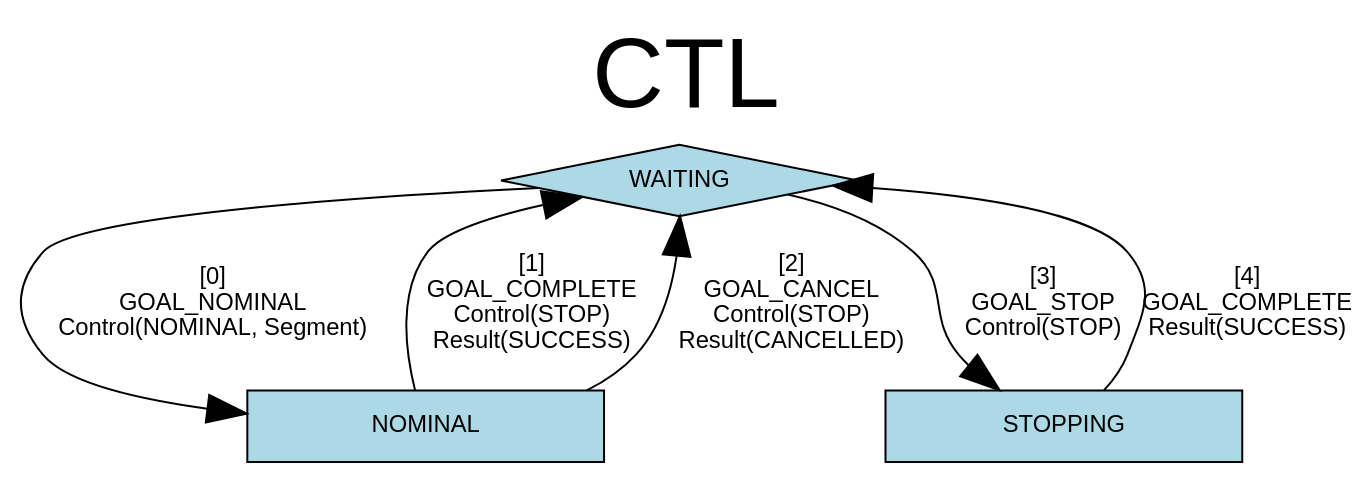
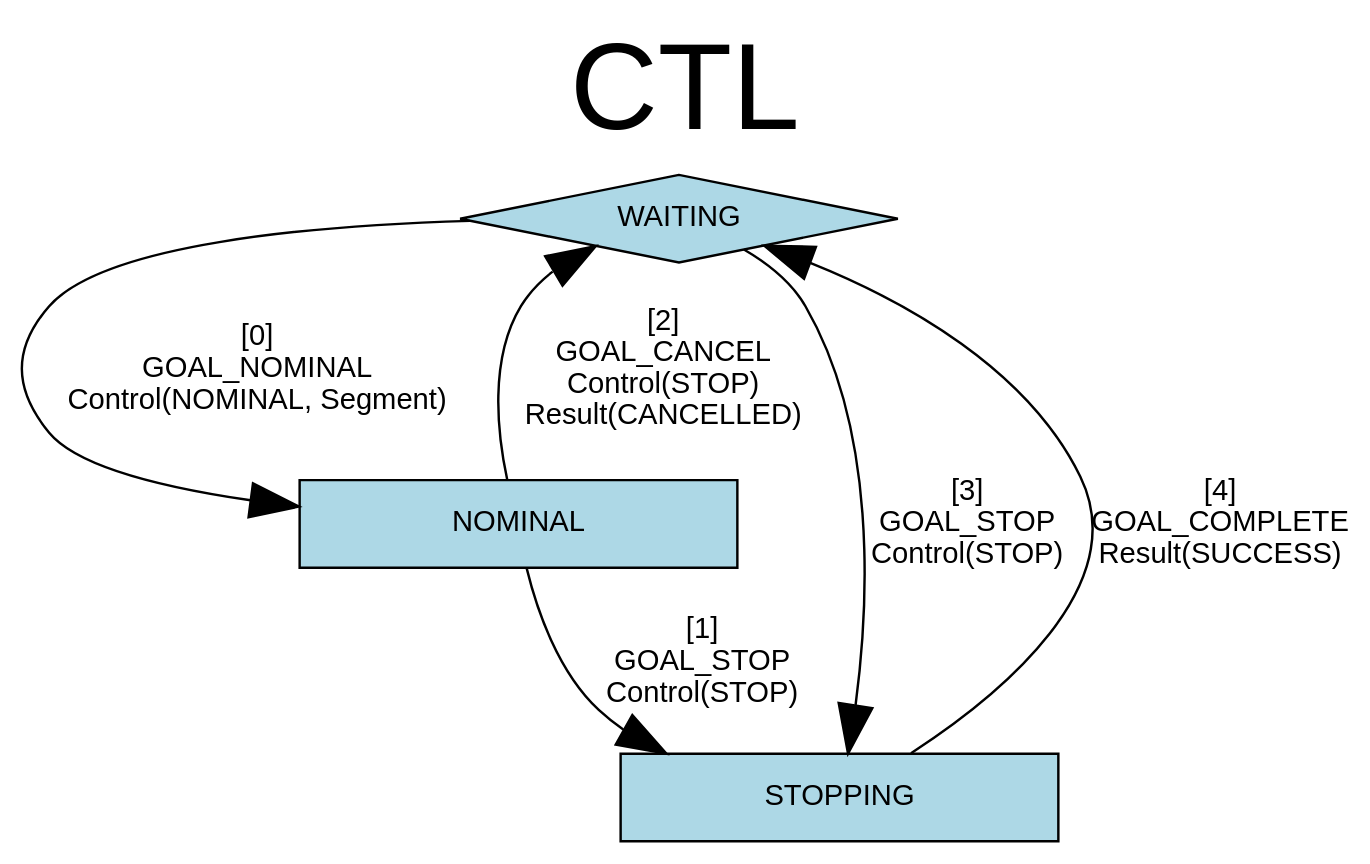
One commit to nasa/astrobee changed the diagram in gnc/ctl/statemachine.dot. Above: the diagram before and after it, drawn with Graphviz. The commit also changed 1 other file, not shown here.

Commit message:
FSM will only transition to STOPPING if GOAL_STOP event is triggered

```diff
--- a/gnc/ctl/statemachine.dot
+++ b/gnc/ctl/statemachine.dot
@@ -1,27 +1,27 @@
 # dot -Tpdf statemachine.dot -o statemachine.pdf
 digraph G {
   graph [label="CTL\n", labelloc=t, fontsize=50];
   size="11.7,8.3!";
   node [shape=box, width=2.5, fontsize=12, fontname="helvetica"];
   edge [arrowsize=2, weight=2., fontsize=12, fontname="helvetica"];
   fontname = "helvetica";
 
   node [shape=diamond, style=filled, fillcolor=lightblue, color=black];
   WAITING;
 
   node [shape=box, style=filled, fillcolor=lightblue, color=black];
   NOMINAL;
 
   # Actions
   WAITING -> NOMINAL
     [label="[0]\nGOAL_NOMINAL\nControl(NOMINAL, Segment)", color=black];
-  NOMINAL -> WAITING
-    [label="[1]\nGOAL_COMPLETE\nControl(STOP)\nResult(SUCCESS)", color=black];
+  NOMINAL -> STOPPING
+    [label="[1]\nGOAL_STOP\nControl(STOP)", color=black];
   NOMINAL -> WAITING
     [label="[2]\nGOAL_CANCEL\nControl(STOP)\nResult(CANCELLED)", color=black];
   WAITING -> STOPPING
     [label="[3]\nGOAL_STOP\nControl(STOP)", color=black];
   STOPPING -> WAITING
    [label="[4]\nGOAL_COMPLETE\nResult(SUCCESS)", color=black];
 
 }
```
